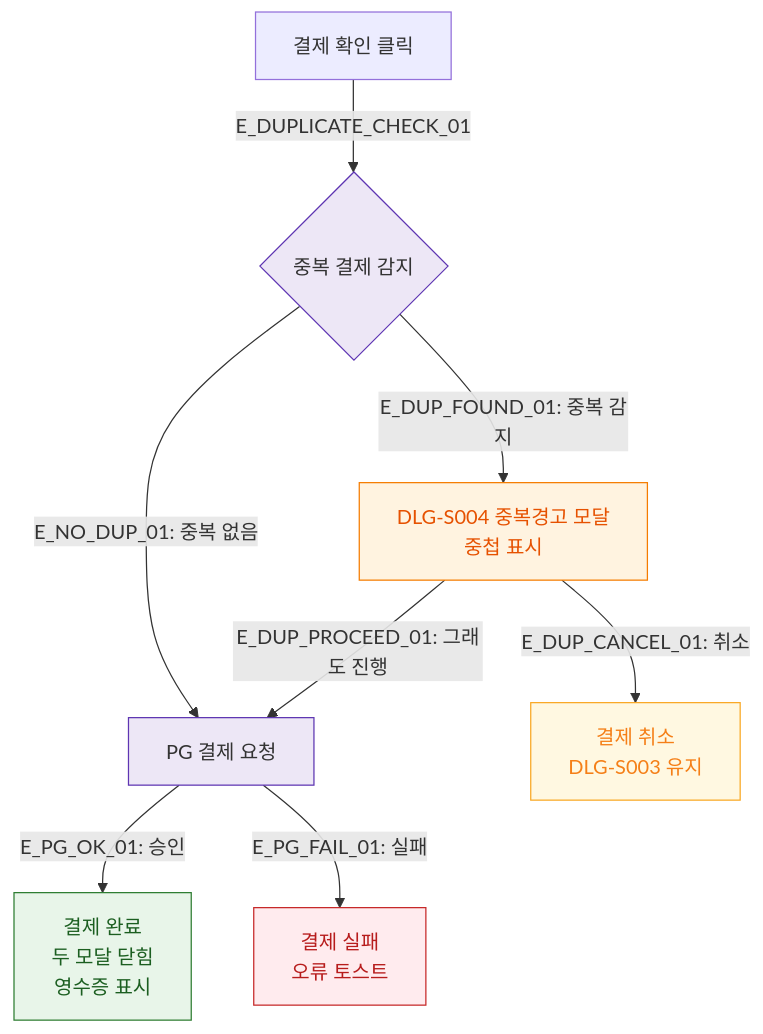
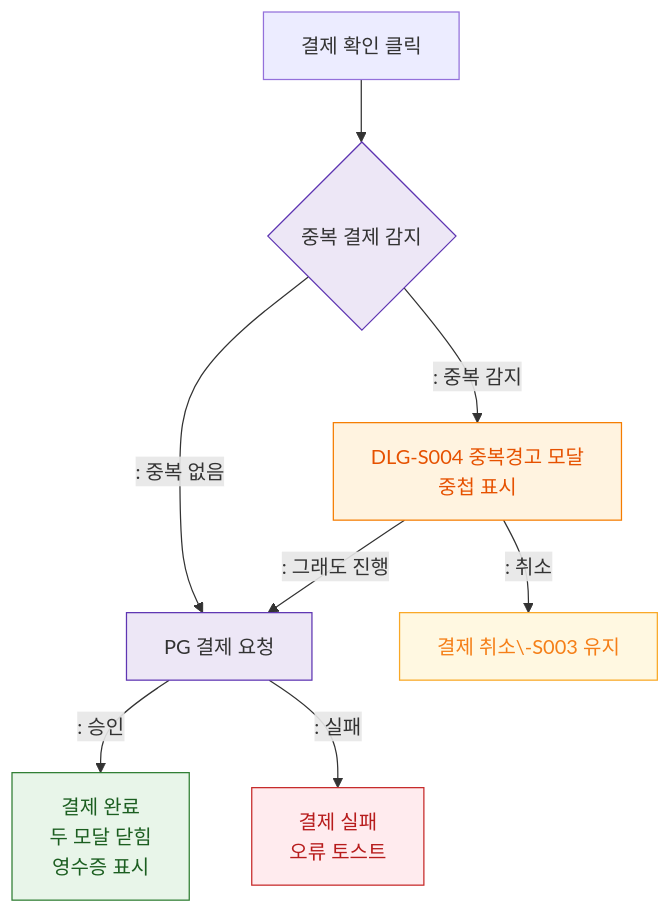
Before and after one commit to dev-spogym/admin-pando: the diagram in docs/다이어그램/D03_매출관리/DLG-S003_결제확인/M3_결과분기.md, drawn with Mermaid. The commit also changed other lines of this file and 1660 other files, not shown here.

First line of the commit message:
다이어그램: 기획자/클라이언트 납품본으로 정리

````diff
--- a/docs/다이어그램/D03_매출관리/DLG-S003_결제확인/M3_결과분기.md
+++ b/docs/다이어그램/D03_매출관리/DLG-S003_결제확인/M3_결과분기.md
@@ -20,25 +18,25 @@
 ```mermaid
 flowchart TD
-    CONFIRM[결제 확인 클릭] -->|E_DUPLICATE_CHECK_01| DUP_CHECK{중복 결제 감지}
+    CONFIRM[결제 확인 클릭] --> DUP_CHECK{중복 결제 감지}
 
-    DUP_CHECK -->|"E_NO_DUP_01: 중복 없음"| PG_REQUEST[PG 결제 요청]
-    DUP_CHECK -->|"E_DUP_FOUND_01: 중복 감지"| DLG_S004[DLG-S004 중복경고 모달\n중첩 표시]
+    DUP_CHECK -->|": 중복 없음"|PG_REQUEST[PG 결제 요청]
+    DUP_CHECK -->|": 중복 감지"|DLG_S004[DLG-S004 중복경고 모달\n중첩 표시]
 
-    DLG_S004 -->|"E_DUP_PROCEED_01: 그래도 진행"| PG_REQUEST
-    DLG_S004 -->|"E_DUP_CANCEL_01: 취소"| CANCEL[결제 취소\nDLG-S003 유지]
+    DLG_S004 -->|": 그래도 진행"|PG_REQUEST
+    DLG_S004 -->|": 취소"|CANCEL[결제 취소\-S003 유지]
 
-    PG_REQUEST -->|"E_PG_OK_01: 승인"| SUCCESS[결제 완료\n두 모달 닫힘\n영수증 표시]
-    PG_REQUEST -->|"E_PG_FAIL_01: 실패"| FAIL[결제 실패\n오류 토스트]
+    PG_REQUEST -->|": 승인"|SUCCESS[결제 완료\n두 모달 닫힘\n영수증 표시]
+    PG_REQUEST -->|": 실패"|FAIL[결제 실패\n오류 토스트]
 
     classDef modal fill:#FFF3E0,stroke:#F57C00,color:#E65100
     classDef system fill:#EDE7F6,stroke:#5E35B2
     classDef success fill:#E8F5E9,stroke:#2E7D32,color:#1B5E20
     classDef error fill:#FFEBEE,stroke:#C62828,color:#B71C1C
     classDef warning fill:#FFF8E1,stroke:#F9A825,color:#F57F17
 
     class DLG_S004 modal
     class DUP_CHECK,PG_REQUEST system
     class SUCCESS success
     class FAIL error
     class CANCEL warning
 ```
````
